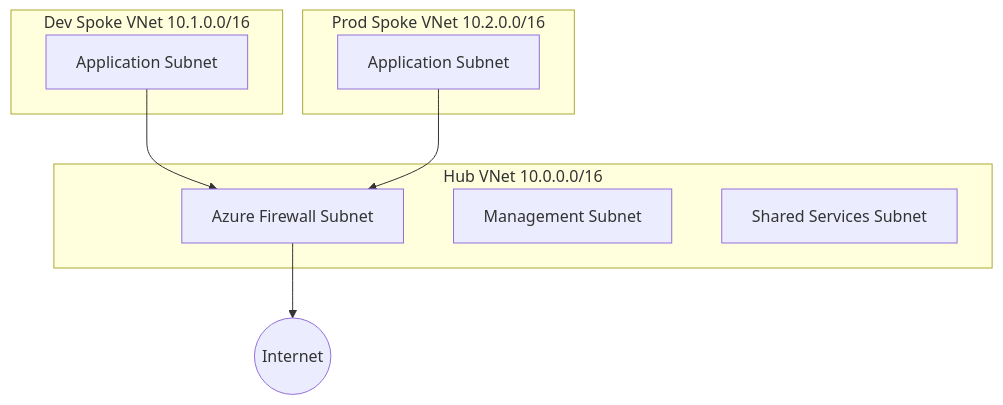
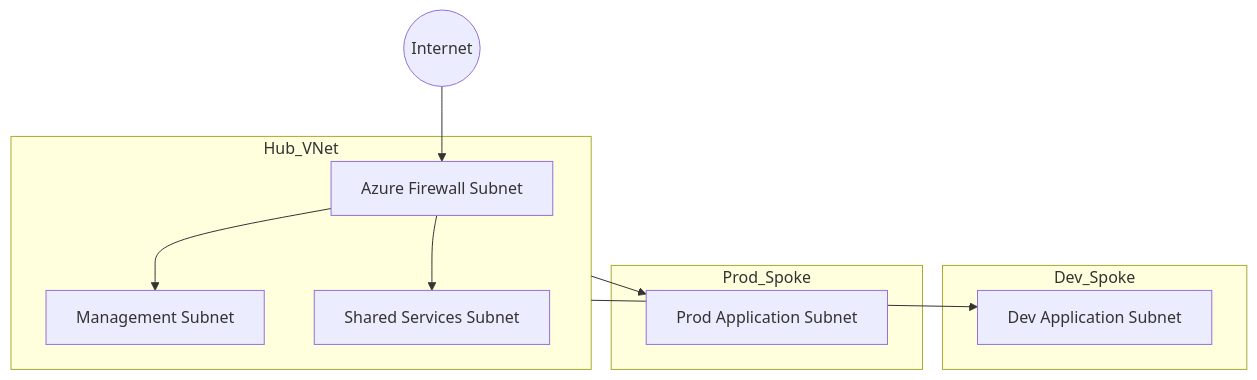
One commit to madhupsheen/multi-cloud-terraform-golden-paths changed the diagram in README.md. Above: the diagram before and after it, drawn with Mermaid. The commit also changed other lines of this file and 4 other files, not shown here.

````diff
--- a/README.md
+++ b/README.md
@@ -28,24 +20,26 @@
 ```mermaid
 graph TD
 
     Internet((Internet))
 
-    subgraph Hub_VNet [Hub VNet 10.0.0.0/16]
+    subgraph Hub_VNet
         Firewall[Azure Firewall Subnet]
         Mgmt[Management Subnet]
         Shared[Shared Services Subnet]
     end
 
-    subgraph Dev_Spoke [Dev Spoke VNet 10.1.0.0/16]
-        DevApp[Application Subnet]
+    subgraph Dev_Spoke
+        DevApp[Dev Application Subnet]
     end
 
-    subgraph Prod_Spoke [Prod Spoke VNet 10.2.0.0/16]
-        ProdApp[Application Subnet]
+    subgraph Prod_Spoke
+        ProdApp[Prod Application Subnet]
     end
 
-    DevApp --> Firewall
-    ProdApp --> Firewall
+    Internet --> Firewall
+    Firewall --> Mgmt
+    Firewall --> Shared
 
-    Firewall --> Internet
+    Hub_VNet --> DevApp
+    Hub_VNet --> ProdApp
 ```
````
